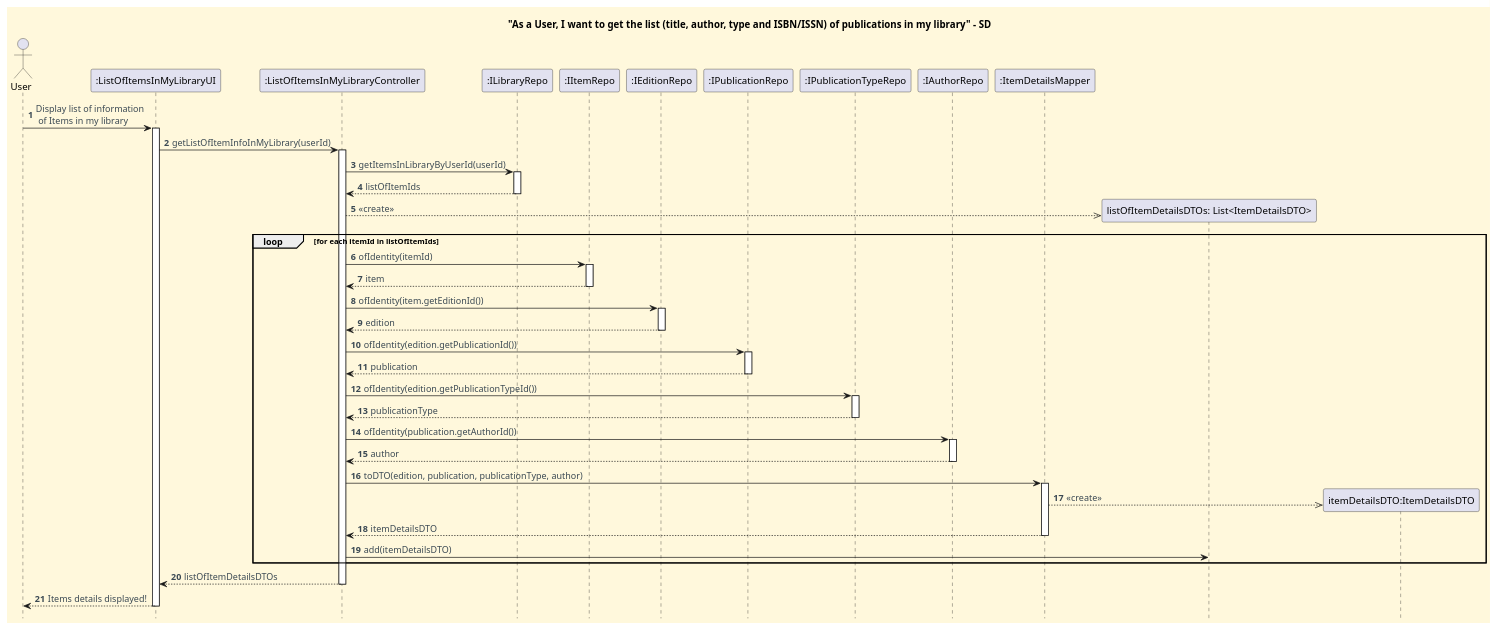
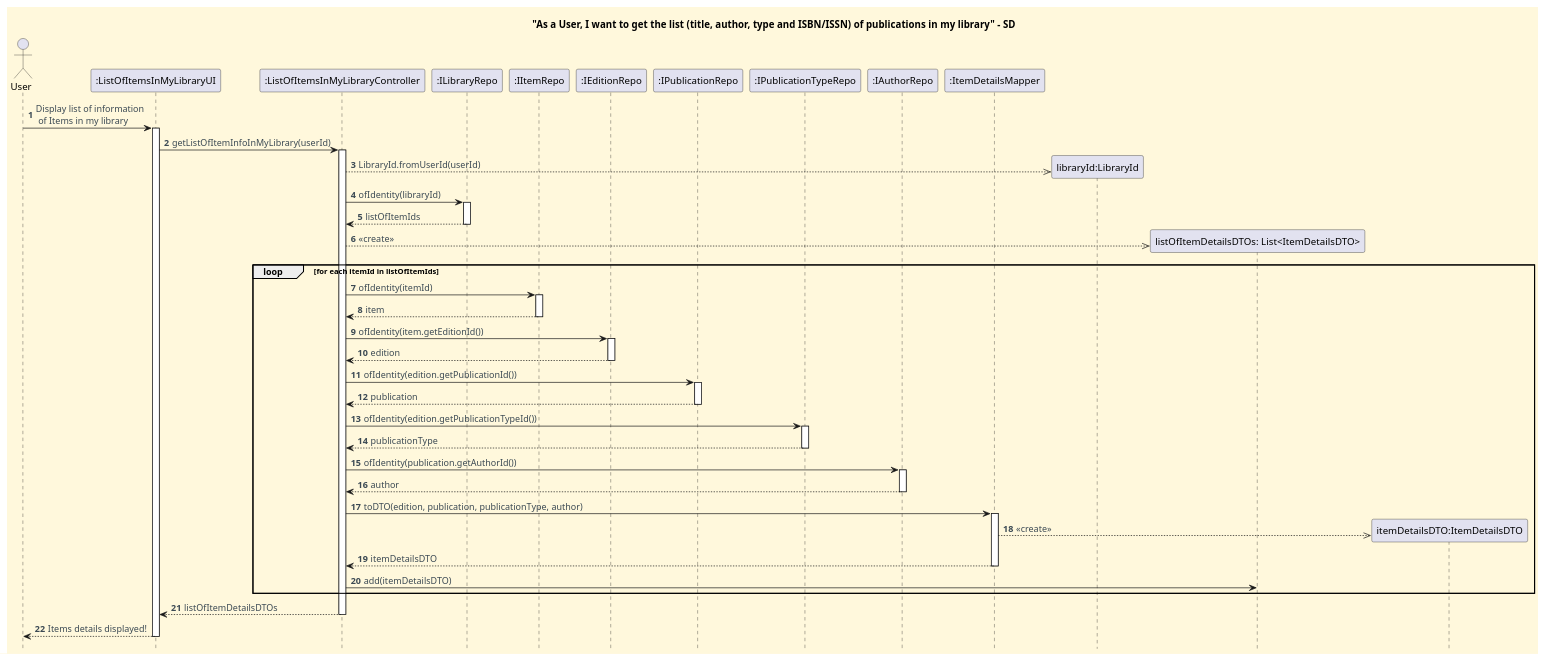
One commit to CarolinaLeite-collab/JavaMarketplacePlatform changed the diagram in docs/functionalities/user/get-list-of-publications-in-my-library/Get_List_Of_Publications_In_My_Library_SD.puml. Above: the diagram before and after it, drawn with PlantUML. The commit also changed 1 other file, not shown here.

Commit message:
docs: updated *I want to get the list (title, author, type and ISBN/ISSN* functionality - refactored SD and CD, refs #605

```diff
--- a/docs/functionalities/user/get-list-of-publications-in-my-library/Get_List_Of_Publications_In_My_Library_SD.puml
+++ b/docs/functionalities/user/get-list-of-publications-in-my-library/Get_List_Of_Publications_In_My_Library_SD.puml
@@ -1,100 +1,100 @@
 @startuml
 '==== basic style ====
 
 'hides unwanted text
 hide stereotype
 
 skinparam monochrome false
 skinparam shadowing false
 skinparam defaultFontName Futura
 skinparam objectFontSize 20
 skinparam backgroundColor CornSilk
 skinparam objectBackgroundColor WhiteSmoke
 skinparam noteBackgroundColor #FFFFE0
 skinparam ArrowFontColor #3B4953
 skinparam ActivationBackgroundColor black
 hidefootbox
 
 'undefined objects
 skinparam object {
   BackgroundColor<<highlight>> 91C6BCAA
   BorderColor<<highlight>> 4B9DA9AA
   FontColor<<highlight>> 547792AA
 }
 skinparam shadowing<<highlight>> false
 
 autonumber
 
 title "As a User, I want to get the list (title, author, type and ISBN/ISSN) of publications in my library" - SD
 
 
 ' --- Actor and participants ---'
 
 actor User
 participant ":ListOfItemsInMyLibraryUI" as UI
 participant ":ListOfItemsInMyLibraryController" as Ctl
 participant ":ILibraryRepo" as LibRepo
 participant ":IItemRepo" as ItRepo
 participant ":IEditionRepo" as EdRepo
 participant ":IPublicationRepo" as PubRepo
 participant ":IPublicationTypeRepo" as PTRepo
 participant ":IAuthorRepo" as AutRepo
 participant ":ItemDetailsMapper" as Mapper
 
 
 User -> UI: Display list of information\n of Items in my library
 activate UI
 
 UI -> Ctl: getListOfItemInfoInMyLibrary(userId)
 activate Ctl
-
-Ctl -> LibRepo: getItemsInLibraryByUserId(userId)
+create "libraryId:LibraryId"
+Ctl -->> "libraryId:LibraryId": LibraryId.fromUserId(userId)
+Ctl -> LibRepo : ofIdentity(libraryId)
 activate LibRepo
-LibRepo --> Ctl: listOfItemIds
+LibRepo --> Ctl : listOfItemIds
 deactivate LibRepo
 create "listOfItemDetailsDTOs: List<ItemDetailsDTO>" as listOfDTO
 Ctl -->> listOfDTO: <<create>>
 
 loop for each itemId in listOfItemIds
-
-Ctl -> ItRepo: ofIdentity(itemId)
+Ctl -> ItRepo : ofIdentity(itemId)
 activate ItRepo
 ItRepo --> Ctl : item
 deactivate ItRepo
 Ctl -> EdRepo : ofIdentity(item.getEditionId())
 activate EdRepo
 EdRepo --> Ctl : edition
 deactivate EdRepo
 Ctl -> PubRepo : ofIdentity(edition.getPublicationId())
 activate PubRepo
 PubRepo --> Ctl : publication
 deactivate PubRepo
 Ctl -> PTRepo : ofIdentity(edition.getPublicationTypeId())
 activate PTRepo
 PTRepo --> Ctl : publicationType
 deactivate PTRepo
 Ctl -> AutRepo : ofIdentity(publication.getAuthorId())
 activate AutRepo
 AutRepo --> Ctl : author
 deactivate AutRepo
 
 Ctl -> Mapper : toDTO(edition, publication, publicationType, author)
 activate Mapper
 create "itemDetailsDTO:ItemDetailsDTO" as DTO
 Mapper -->> DTO : <<create>>
 Mapper --> Ctl : itemDetailsDTO
 deactivate Mapper
 
 Ctl -> listOfDTO : add(itemDetailsDTO)
 
 end
 
 Ctl --> UI: listOfItemDetailsDTOs
 deactivate Ctl
 
 UI --> User: Items details displayed!
 deactivate UI
 
 
 
 @enduml
```
